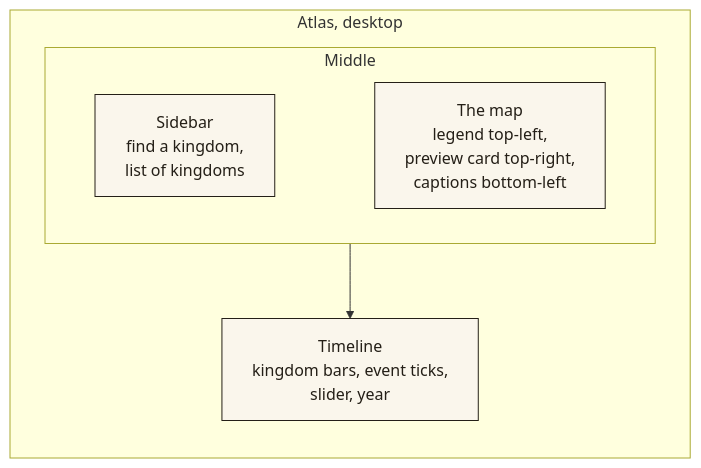
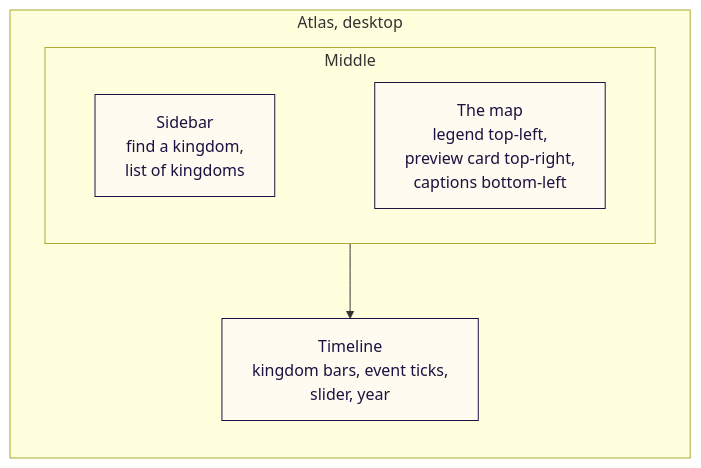
The diagram in docs/DESIGN.md (varunaditya27/BHAARATA), drawn with Mermaid before and after one commit. The commit also changed other lines of this file and 1 other file, not shown here.

````diff
--- a/docs/DESIGN.md
+++ b/docs/DESIGN.md
@@ -105,15 +105,15 @@
 ```mermaid
 flowchart TB
     subgraph SCREEN["Atlas, desktop"]
         direction TB
         subgraph MID["Middle"]
             direction LR
             SIDE["Sidebar<br/>find a kingdom,<br/>list of kingdoms"] ~~~ MAPA["The map<br/>legend top-left,<br/>preview card top-right,<br/>captions bottom-left"]
         end
         TIME["Timeline<br/>kingdom bars, event ticks,<br/>slider, year"]
         MID --> TIME
     end
 
-    classDef node fill:#faf6ec,stroke:#241f17,color:#241f17;
+    classDef node fill:#fffbf0,stroke:#1a1240,color:#1a1240;
     class SIDE,MAPA,TIME node;
 ```
````
